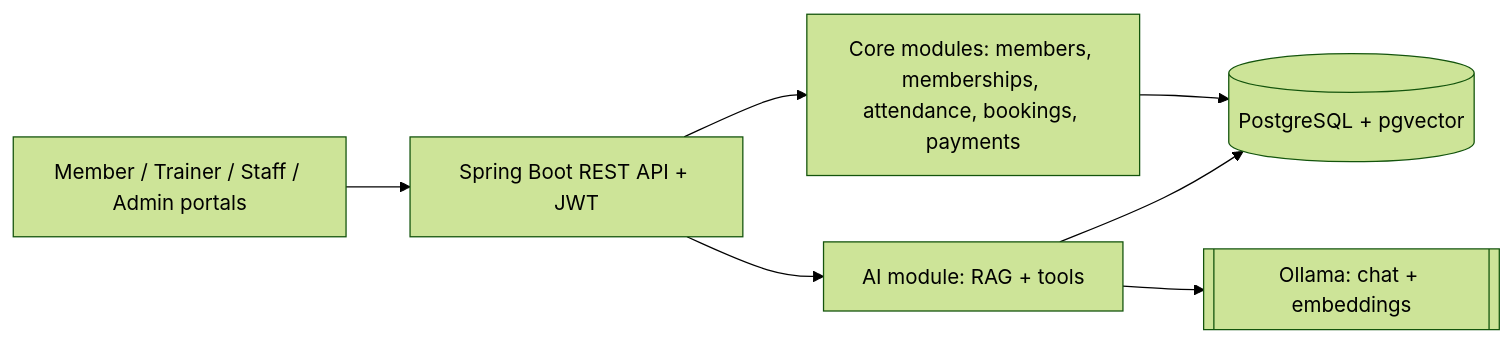
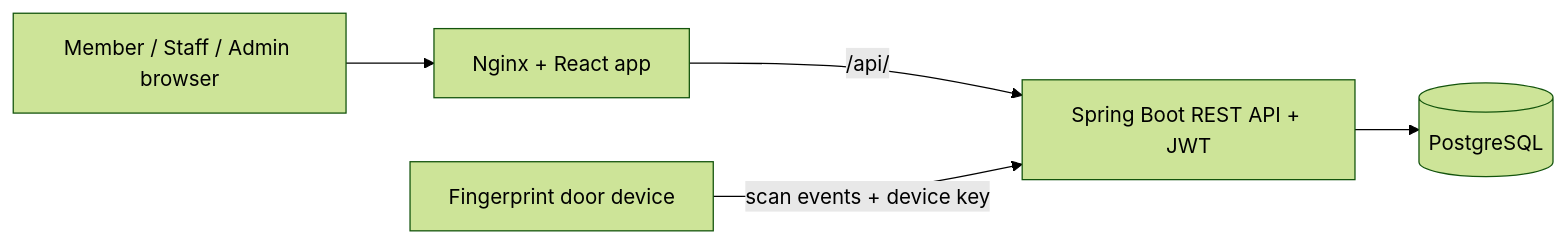
The diagram in README.md (sandeshuk400/fitness-addicted-gym-rag), drawn with Mermaid (forest theme) before and after one commit. The commit also changed other lines of this file, not shown here.

````diff
--- a/README.md
+++ b/README.md
@@ -34,9 +45,7 @@
 ```mermaid
 flowchart LR
-    Clients[Member / Trainer / Staff / Admin portals] --> API[Spring Boot REST API + JWT]
-    API --> Core[Core modules: members, memberships, attendance, bookings, payments]
-    API --> AI[AI module: RAG + tools]
-    Core --> PG[(PostgreSQL + pgvector)]
-    AI --> PG
-    AI --> OL[[Ollama: chat + embeddings]]
+    Staff[Member / Staff / Admin browser] --> NGX[Nginx + React app]
+    NGX -->|/api/| API[Spring Boot REST API + JWT]
+    DEV[Fingerprint door device] -->|scan events + device key| API
+    API --> PG[(PostgreSQL)]
 ```
````
